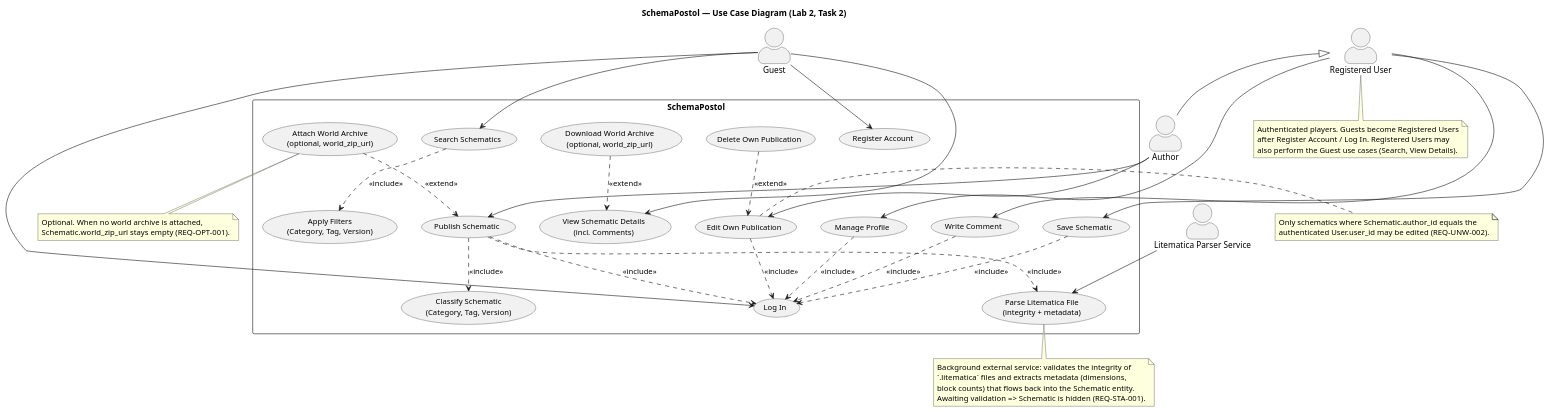
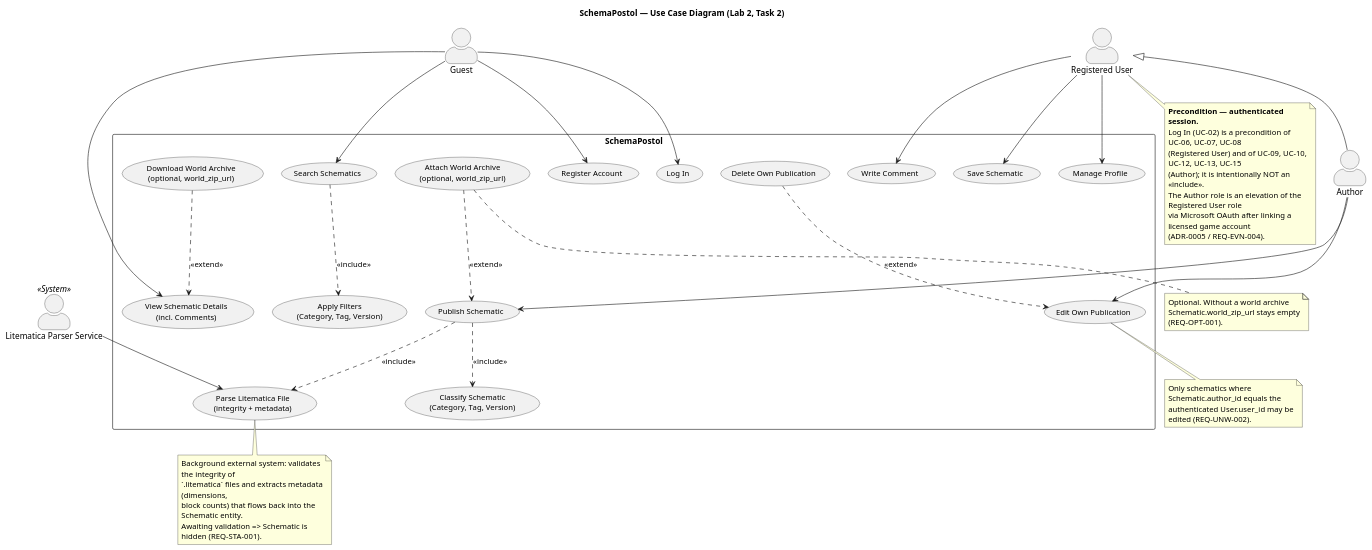
One commit to ApostolQleg/KPI2 changed the diagram in lab2/model/use-case-diagram.puml. Above: the diagram before and after it, drawn with PlantUML. The commit also changed other lines of this file and 4 other files, not shown here.

```diff
--- a/lab2/model/use-case-diagram.puml
+++ b/lab2/model/use-case-diagram.puml
@@ -7,105 +12,111 @@
 @startuml
+top to bottom direction
 title SchemaPostol — Use Case Diagram (Lab 2, Task 2)
 
 skinparam backgroundColor #FFFFFF
 skinparam shadowing false
 skinparam actorStyle awesome
 skinparam packageStyle rectangle
 skinparam usecaseFontSize 13
-skinparam actorsInRow 4
-skinparam nodesep 40
-skinparam ranksep 50
+skinparam nodesep 30
+skinparam ranksep 45
+skinparam wrapWidth 240
 
-' ---------- Actors ----------
+' ---------- Actors (human actors declared first so they stay grouped) ----------
 actor "Guest" as Guest
 actor "Registered User" as RegUser
 actor "Author" as Author
-actor "Litematica Parser Service" as Parser
+' External service rendered as a system component, not a person
+actor "Litematica Parser Service" <<System>> as Parser
 
 ' Inheritance: Author IS-A Registered User (per lab2/spec.md)
 RegUser <|-- Author
 
 ' ---------- System boundary ----------
 rectangle "SchemaPostol" {
 
+  ' --- Guest (public) use cases ---
   usecase "Register Account" as UC01
   usecase "Log In" as UC02
-
   usecase "Search Schematics" as UC03
   usecase "Apply Filters\n(Category, Tag, Version)" as UC04
   usecase "View Schematic Details\n(incl. Comments)" as UC05
+  usecase "Download World Archive\n(optional, world_zip_url)" as UC14
 
+  ' --- Registered User (authenticated player) use cases ---
   usecase "Write Comment" as UC06
   usecase "Save Schematic" as UC07
   usecase "Manage Profile" as UC08
 
+  ' --- Author (Microsoft OAuth elevated) use cases ---
   usecase "Publish Schematic" as UC09
   usecase "Classify Schematic\n(Category, Tag, Version)" as UC10
+  usecase "Attach World Archive\n(optional, world_zip_url)" as UC13
+  usecase "Edit Own Publication" as UC12
+  usecase "Delete Own Publication" as UC15
+
+  ' --- External system use case ---
   usecase "Parse Litematica File\n(integrity + metadata)" as UC11
-  usecase "Edit Own Publication" as UC12
-
-  usecase "Attach World Archive\n(optional, world_zip_url)" as UC13
-  usecase "Download World Archive\n(optional, world_zip_url)" as UC14
-  usecase "Delete Own Publication" as UC15
 }
 
 ' ---------- Associations ----------
 ' Guest: public read-only flows
 Guest --> UC01
 Guest --> UC02
 Guest --> UC03
 Guest --> UC05
 
 ' Registered User: authenticated player flows
+' (Log In is a precondition of these use cases, not an <<include>>)
 RegUser --> UC06
 RegUser --> UC07
 RegUser --> UC08
 
 ' Author: publication flows (Author inherits from Registered User)
 Author --> UC09
 Author --> UC12
 
-' External service
+' External system
 Parser --> UC11
 
 ' ---------- Include relationships (mandatory) ----------
 UC03 ..> UC04 : <<include>>
-UC06 ..> UC02 : <<include>>
-UC07 ..> UC02 : <<include>>
-UC08 ..> UC02 : <<include>>
-UC09 ..> UC02 : <<include>>
 UC09 ..> UC10 : <<include>>
 UC09 ..> UC11 : <<include>>
-UC12 ..> UC02 : <<include>>
 
 ' ---------- Extend relationships (optional) ----------
 UC13 ..> UC09 : <<extend>>
 UC14 ..> UC05 : <<extend>>
 UC15 ..> UC12 : <<extend>>
 
 ' ---------- Notes ----------
 note as N1
-  Authenticated players. Guests become Registered Users
-  after Register Account / Log In. Registered Users may
-  also perform the Guest use cases (Search, View Details).
+  **Precondition — authenticated session.**
+  Log In (UC-02) is a precondition of UC-06, UC-07, UC-08
+  (Registered User) and of UC-09, UC-10, UC-12, UC-13, UC-15
+  (Author); it is intentionally NOT an <<include>>.
+  The Author role is an elevation of the Registered User role
+  via Microsoft OAuth after linking a licensed game account
+  (ADR-0005 / REQ-EVN-004).
 end note
 RegUser .. N1
 
 note bottom of UC11
-  Background external service: validates the integrity of
+  Background external system: validates the integrity of
   `.litematica` files and extracts metadata (dimensions,
   block counts) that flows back into the Schematic entity.
   Awaiting validation => Schematic is hidden (REQ-STA-001).
 end note
 
-note bottom of UC13
-  Optional. When no world archive is attached,
+note as N13
+  Optional. Without a world archive
   Schematic.world_zip_url stays empty (REQ-OPT-001).
 end note
+UC13 .. N13
 
-note right of UC12
+note bottom of UC12
   Only schematics where Schematic.author_id equals the
   authenticated User.user_id may be edited (REQ-UNW-002).
 end note
 
 @enduml
```
